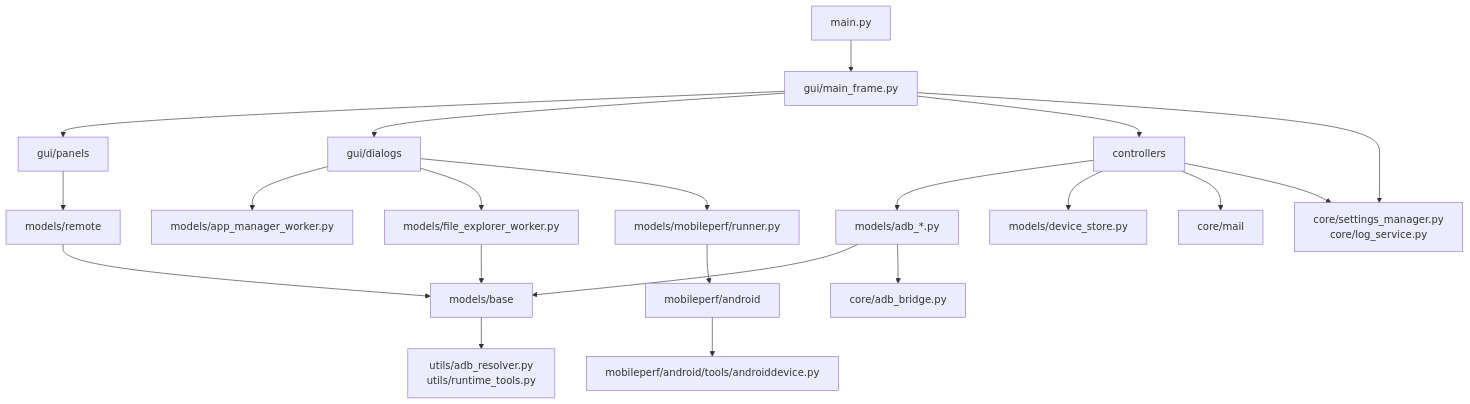
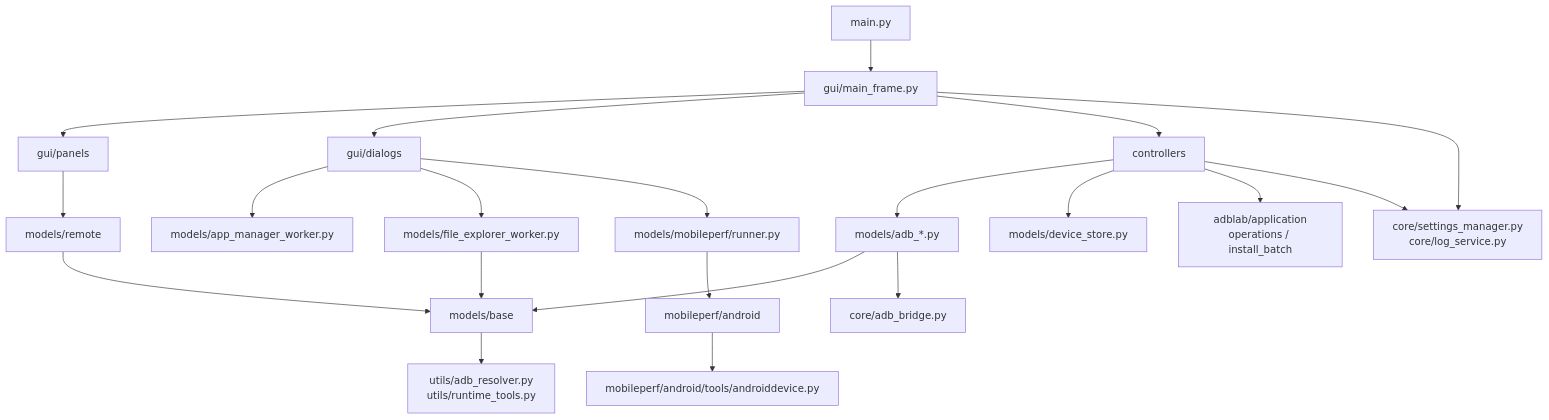
Before and after one commit to BlackHu-art/ADBLab: the first of 2 diagrams in docs/project-knowledge/DEPENDENCY_MAP.md, drawn with Mermaid. The commit also changed other lines of this file and 13 other files, not shown here.

````diff
--- a/docs/project-knowledge/DEPENDENCY_MAP.md
+++ b/docs/project-knowledge/DEPENDENCY_MAP.md
@@ -11,23 +11,23 @@
 ```mermaid
 flowchart TD
     Main["main.py"] --> GUI["gui/main_frame.py"]
     GUI --> Panels["gui/panels"]
     GUI --> Dialogs["gui/dialogs"]
     GUI --> Controllers["controllers"]
     Controllers --> ADBModels["models/adb_*.py"]
     Controllers --> Store["models/device_store.py"]
-    Controllers --> Mail["core/mail"]
+    Controllers --> UseCases["adblab/application<br/>operations / install_batch"]
     Panels --> Remote["models/remote"]
     Dialogs --> AppWorker["models/app_manager_worker.py"]
     Dialogs --> FileWorker["models/file_explorer_worker.py"]
     Dialogs --> MobileAdapter["models/mobileperf/runner.py"]
     ADBModels --> Base["models/base"]
     Remote --> Base
     FileWorker --> Base
     ADBModels --> Bridge["core/adb_bridge.py"]
     GUI --> Infra["core/settings_manager.py<br/>core/log_service.py"]
     Controllers --> Infra
     MobileAdapter --> MobileCore["mobileperf/android"]
     Base --> Utils["utils/adb_resolver.py<br/>utils/runtime_tools.py"]
     MobileCore --> MobileADB["mobileperf/android/tools/androiddevice.py"]
 ```
````
